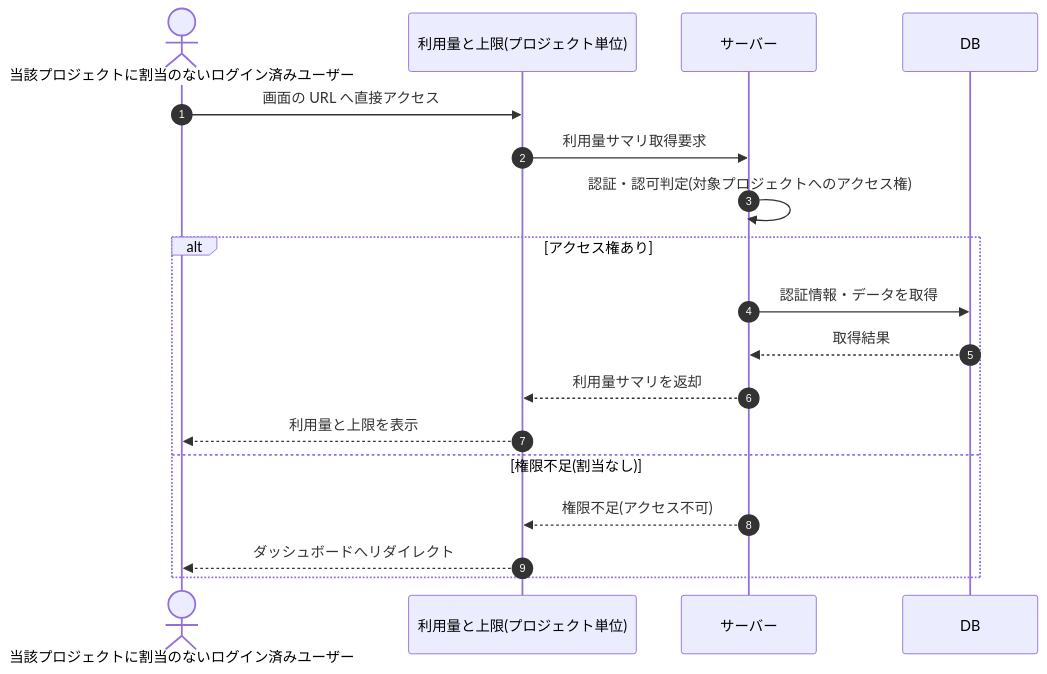
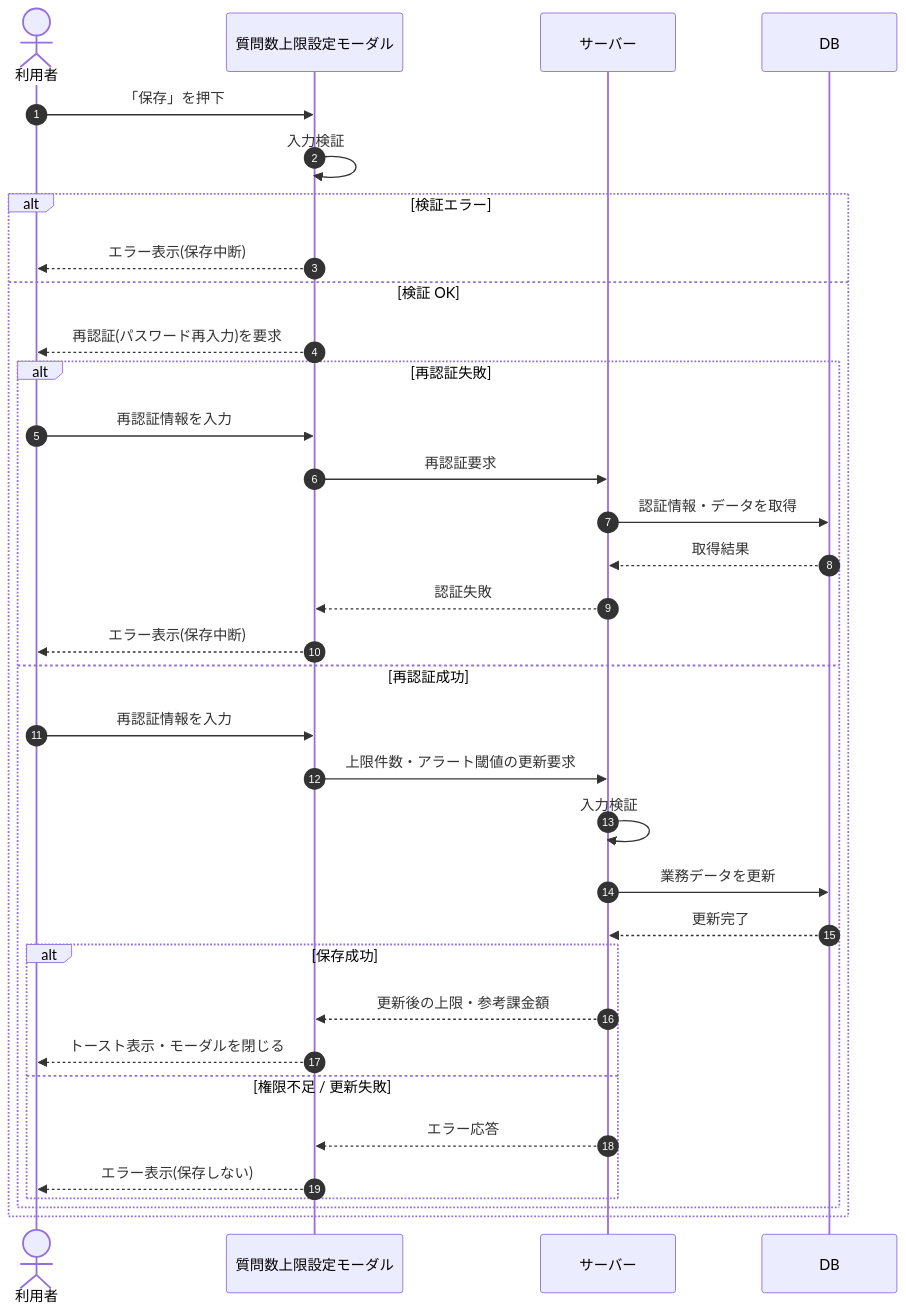
Before and after one commit to sikakou54/open-faq: the diagram in 02_basic_design/03_sequences/SEQ-078.md, drawn with Mermaid. The commit also changed other lines of this file and 395 other files, not shown here.

````diff
--- a/02_basic_design/03_sequences/SEQ-078.md
+++ b/02_basic_design/03_sequences/SEQ-078.md
@@ -25,20 +25,36 @@
 ```mermaid
 sequenceDiagram
   autonumber
-  actor U as 当該プロジェクトに割当のないログイン済みユーザー
-  participant Screen as 利用量と上限(プロジェクト単位)
+  actor U as 利用者
+  participant Screen as 質問数上限設定モーダル
   participant Server as サーバー
   participant DB as DB
-  U->>Screen: 画面の URL へ直接アクセス
-  Screen->>Server: 利用量サマリ取得要求
-  Server->>Server: 認証・認可判定(対象プロジェクトへのアクセス権)
-  alt アクセス権あり
-    Server->>DB: 認証情報・データを取得
-    DB-->>Server: 取得結果
-    Server-->>Screen: 利用量サマリを返却
-    Screen-->>U: 利用量と上限を表示
-  else 権限不足(割当なし)
-    Server-->>Screen: 権限不足(アクセス不可)
-    Screen-->>U: ダッシュボードへリダイレクト
+  U->>Screen: 「保存」を押下
+  Screen->>Screen: 入力検証
+  alt 検証エラー
+    Screen-->>U: エラー表示(保存中断)
+  else 検証 OK
+    Screen-->>U: 再認証(パスワード再入力)を要求
+    alt 再認証失敗
+      U->>Screen: 再認証情報を入力
+      Screen->>Server: 再認証要求
+      Server->>DB: 認証情報・データを取得
+      DB-->>Server: 取得結果
+      Server-->>Screen: 認証失敗
+      Screen-->>U: エラー表示(保存中断)
+    else 再認証成功
+      U->>Screen: 再認証情報を入力
+      Screen->>Server: 上限件数・アラート閾値の更新要求
+      Server->>Server: 入力検証
+      Server->>DB: 業務データを更新
+      DB-->>Server: 更新完了
+      alt 保存成功
+        Server-->>Screen: 更新後の上限・参考課金額
+        Screen-->>U: トースト表示・モーダルを閉じる
+      else 権限不足 / 更新失敗
+        Server-->>Screen: エラー応答
+        Screen-->>U: エラー表示(保存しない)
+      end
+    end
   end
 ```
````
